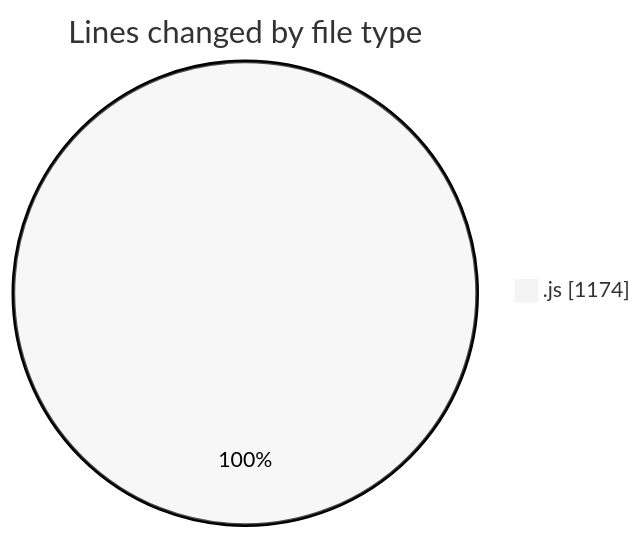
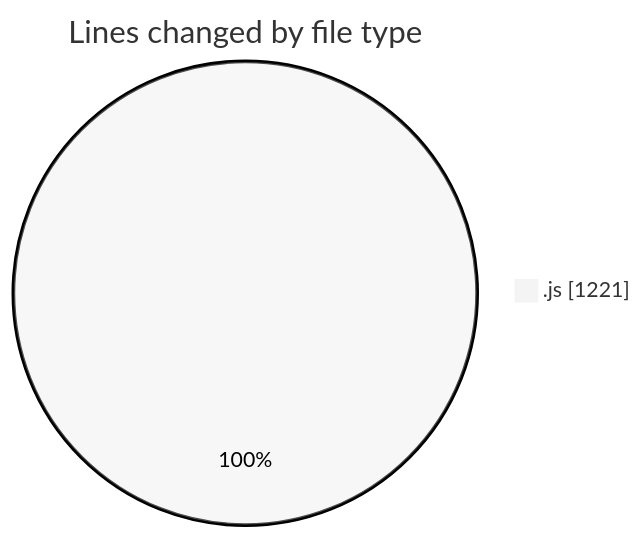
The first of 2 diagrams in 2025-11-04/nxtqube_webapp/README.md (nxtqubesakshisongat/code-tracking), drawn with Mermaid (neutral theme) before and after one commit. The commit also changed other lines of this file and 1 other file, not shown here.

````diff
--- a/2025-11-04/nxtqube_webapp/README.md
+++ b/2025-11-04/nxtqube_webapp/README.md
@@ -24,5 +24,5 @@
 ```mermaid
 pie showData
 title Lines changed by file type
-".js" : 1174
+".js" : 1221
 ```
````
